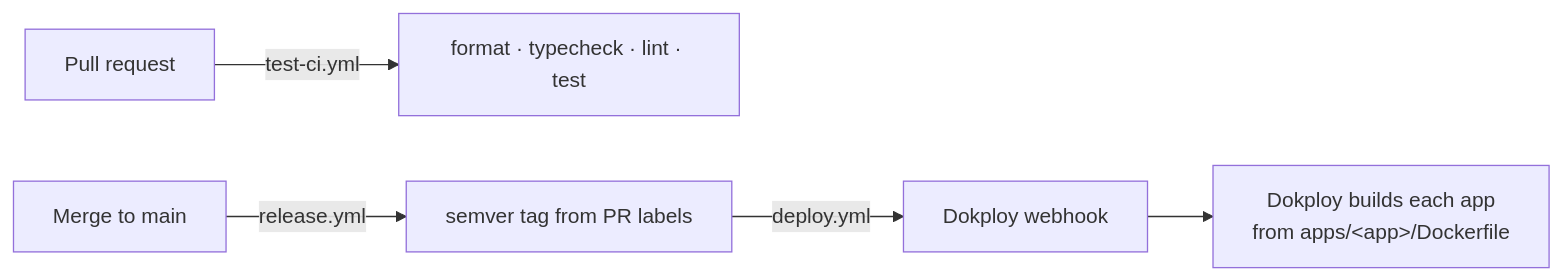
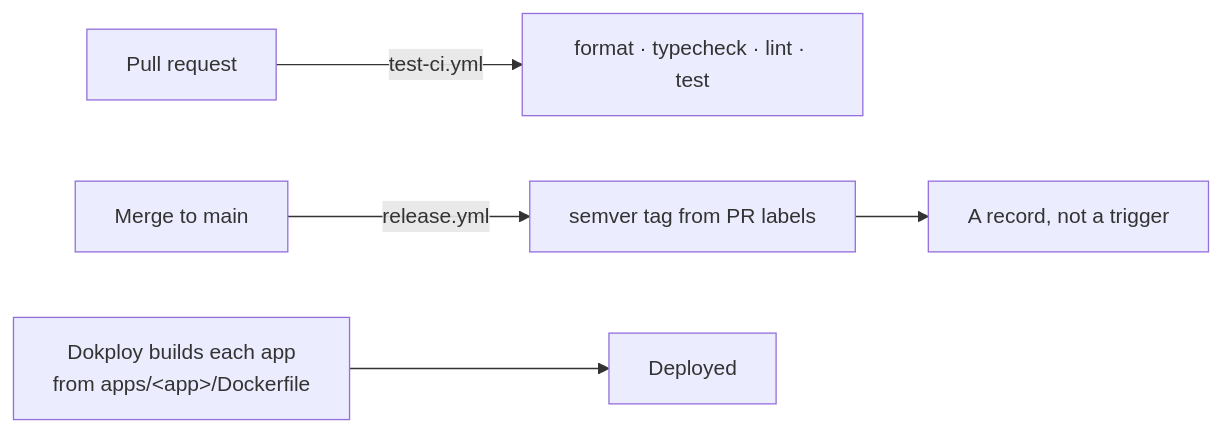
One commit to RetrouveCI/retrouve-ci changed the diagram in docs/architecture/05-operations.md. Above: the diagram before and after it, drawn with Mermaid. The commit also changed other lines of this file and 4 other files, not shown here.

````diff
--- a/docs/architecture/05-operations.md
+++ b/docs/architecture/05-operations.md
@@ -89,7 +89,7 @@
 ```mermaid
 flowchart LR
   pr[Pull request] -->|test-ci.yml| checks[format · typecheck · lint · test]
   merge[Merge to main] -->|release.yml| tag[semver tag from PR labels]
-  tag -->|deploy.yml| hook[Dokploy webhook]
-  hook --> dokploy[Dokploy builds each app<br/>from apps/&lt;app&gt;/Dockerfile]
+  tag --> record[A record, not a trigger]
+  dokploy[Dokploy builds each app<br/>from apps/&lt;app&gt;/Dockerfile] --> live[Deployed]
 ```
````
